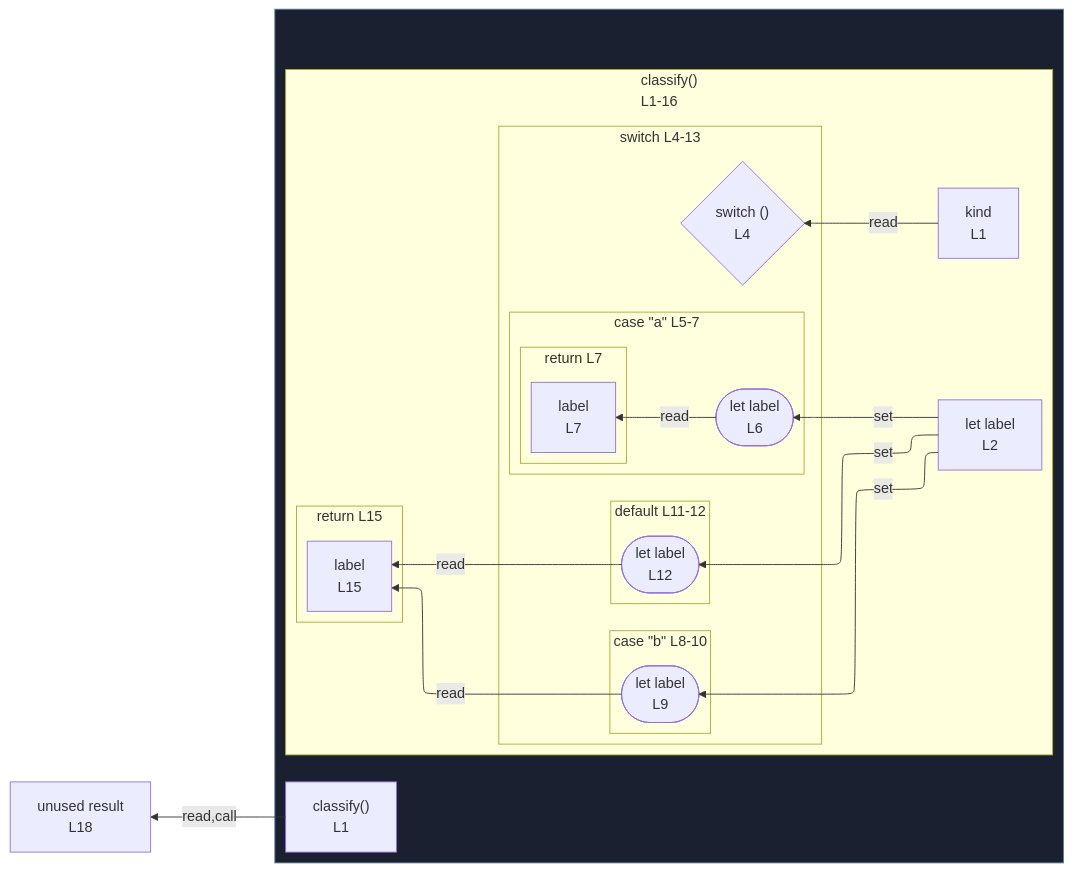
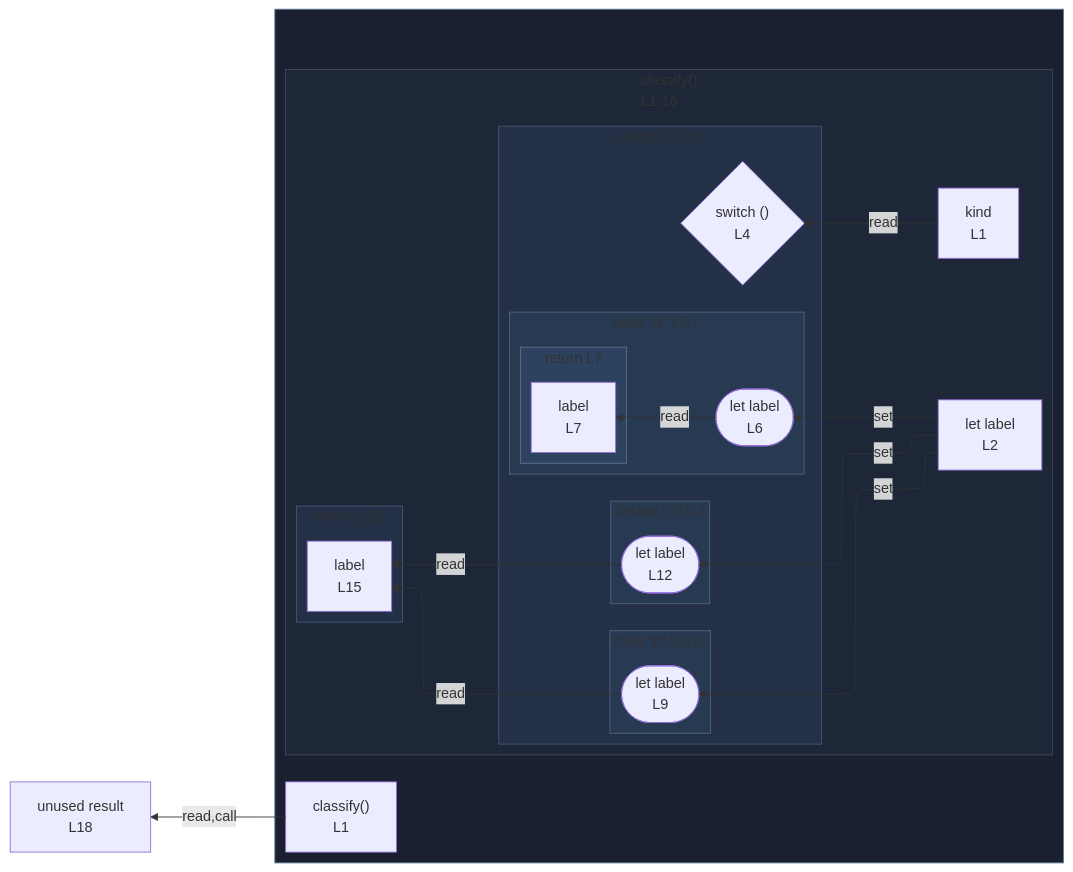
One commit to crescware/unsnarl changed the diagram in integration/fixtures/switch-statement/return/preview.md. Above: the diagram before and after it, drawn with Mermaid. The commit also changed 249 other files, not shown here.

First line of the commit message:
Color Mermaid subgraphs by nesting depth via theme palette

````diff
--- a/integration/fixtures/switch-statement/return/preview.md
+++ b/integration/fixtures/switch-statement/return/preview.md
@@ -28,48 +28,59 @@
 ```mermaid
 %%{init: {"flowchart": {"defaultRenderer": "elk"}}}%%
 flowchart RL
   n_scope_0_result_243["unused result<br/>L18"]
   subgraph wrap_s_scope_1[" "]
     direction TB
     n_scope_0_classify_9["classify()<br/>L1"]
     subgraph s_scope_1["classify()<br/>L1-16"]
       direction RL
       n_scope_1_kind_18["kind<br/>L1"]
       n_scope_1_label_40["let label<br/>L2"]
       subgraph s_scope_2["switch L4-13"]
         direction RL
         switch_discriminant_scope_1_55{"switch ()<br/>L4"}
         subgraph s_scope_3["case &quot;a&quot; L5-7"]
           direction RL
           wr_ref_2(["let label<br/>L6"])
           subgraph s_return_scope_0_classify_9_114_127["return L7"]
             direction RL
             ret_use_ref_3["label<br/>L7"]
           end
         end
         subgraph s_scope_4["case &quot;b&quot; L8-10"]
           direction RL
           wr_ref_4(["let label<br/>L9"])
         end
         subgraph s_scope_5["default L11-12"]
           direction RL
           wr_ref_5(["let label<br/>L12"])
         end
       end
       subgraph s_return_scope_0_classify_9_220_233["return L15"]
         direction RL
         ret_use_ref_6["label<br/>L15"]
       end
     end
   end
   n_scope_1_label_40 -->|set| wr_ref_2
   n_scope_1_label_40 -->|set| wr_ref_4
   n_scope_1_label_40 -->|set| wr_ref_5
   n_scope_1_kind_18 -->|read| switch_discriminant_scope_1_55
   wr_ref_2 -->|read| ret_use_ref_3
   wr_ref_4 -->|read| ret_use_ref_6
   wr_ref_5 -->|read| ret_use_ref_6
   n_scope_0_classify_9 -->|read,call| n_scope_0_result_243
   classDef fnWrap fill:#1a2030,stroke:#5a7d99;
   class wrap_s_scope_1 fnWrap;
+  classDef nestL1 fill:#1e2738,stroke:#3d4a63;
+  class s_scope_1 nestL1;
+  classDef nestL2 fill:#233045,stroke:#475670;
+  class s_scope_2 nestL2;
+  class s_return_scope_0_classify_9_220_233 nestL2;
+  classDef nestL3 fill:#283952,stroke:#51637d;
+  class s_scope_3 nestL3;
+  class s_scope_4 nestL3;
+  class s_scope_5 nestL3;
+  classDef nestL4 fill:#2d425f,stroke:#5b708a;
+  class s_return_scope_0_classify_9_114_127 nestL4;
 ```
````
